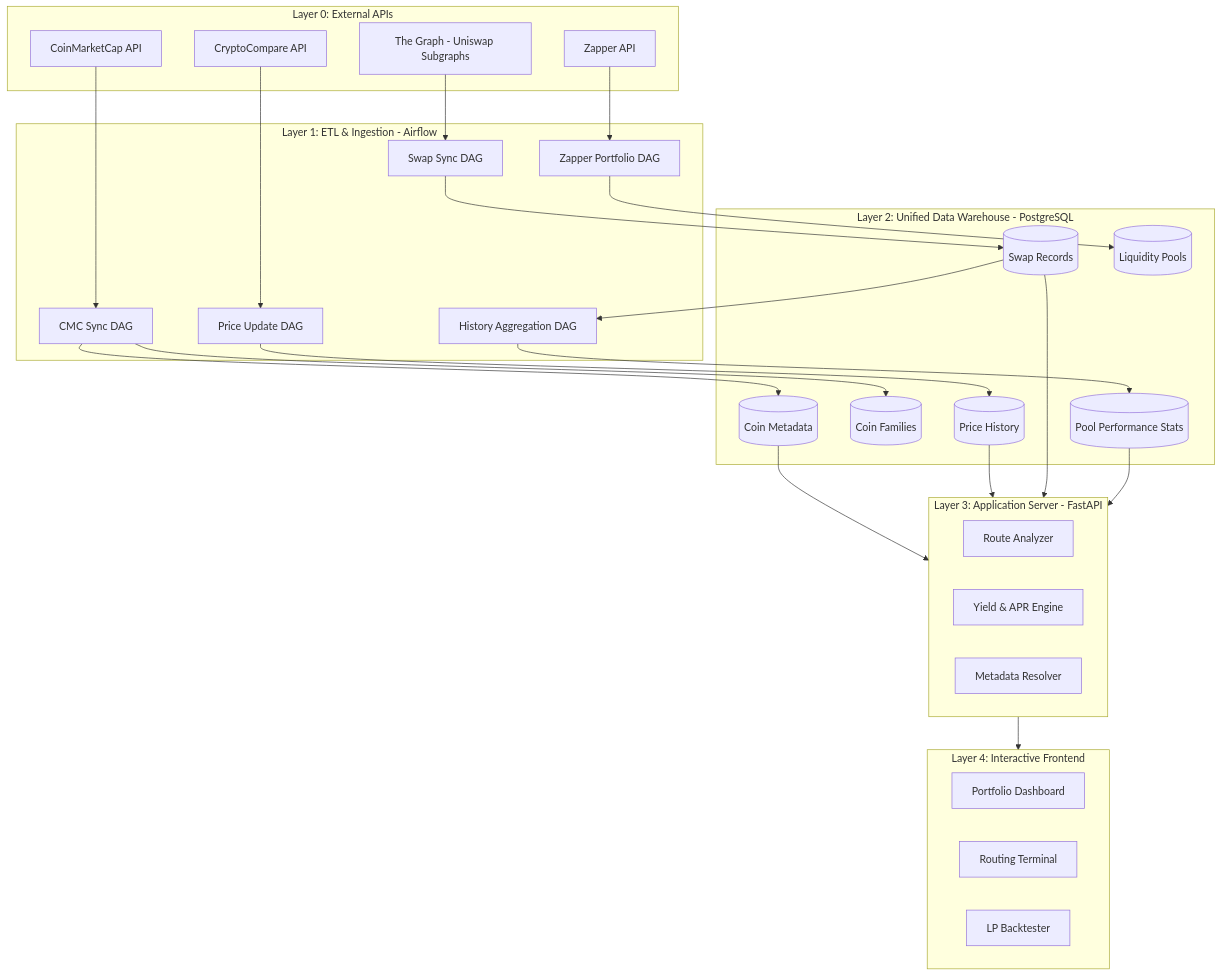
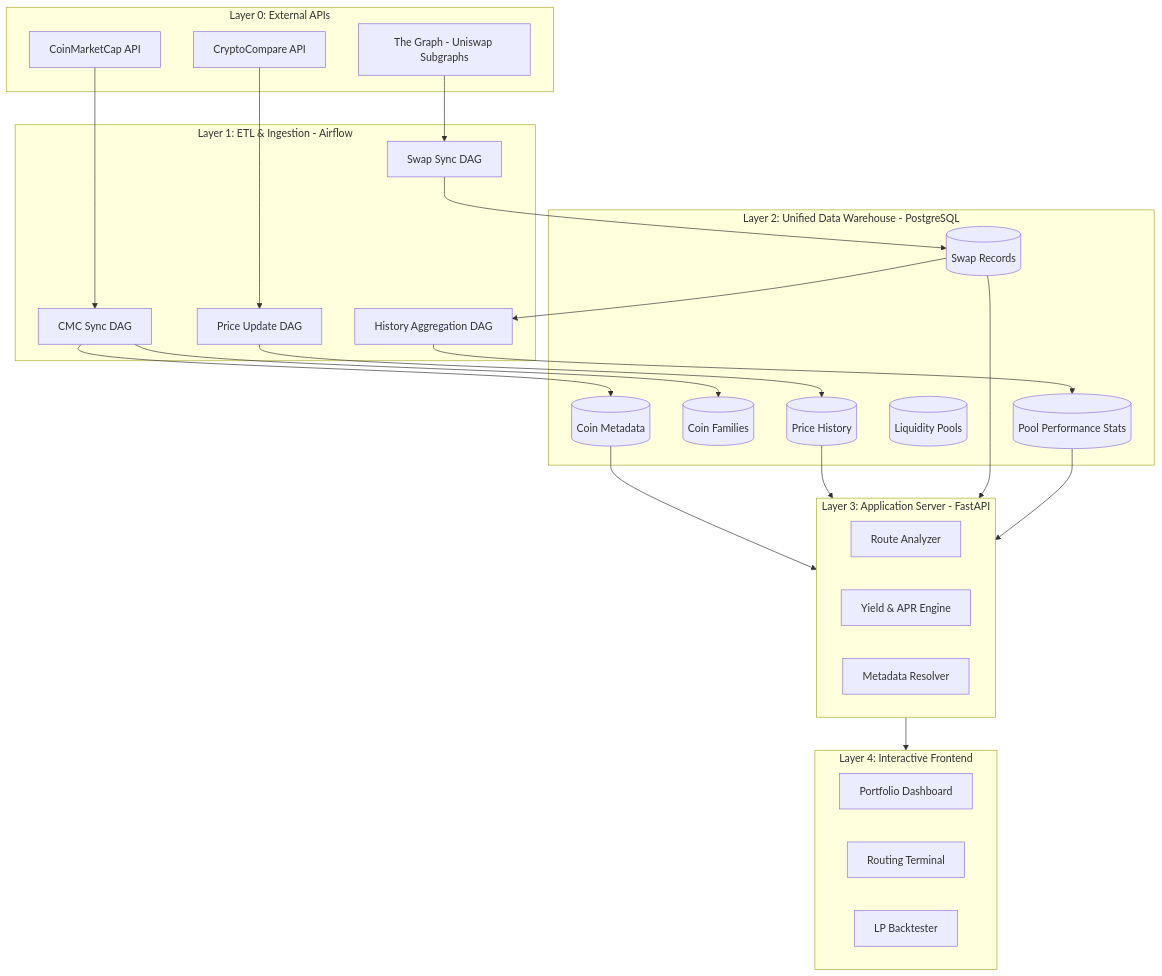
The diagram in docs/architecture.md (bekisz/chaintelligence), drawn with Mermaid before and after one commit. The commit also changed other lines of this file and 20 other files, not shown here.

Commit message:
feat(ingestion): deprecate Zapper API and transition to native Graph LP ingestion

````diff
--- a/docs/architecture.md
+++ b/docs/architecture.md
@@ -66,57 +66,57 @@
 ```mermaid
 graph TD
     subgraph External_Data_Sources [Layer 0: External APIs]
         CMC[CoinMarketCap API]
         CC[CryptoCompare API]
         TG[The Graph - Uniswap Subgraphs]
-        ZP[Zapper API]
+
     end
 
     subgraph Ingestion_Layer [Layer 1: ETL & Ingestion - Airflow]
         DAG_CMC[CMC Sync DAG]
         DAG_Price[Price Update DAG]
         DAG_Swap[Swap Sync DAG]
-        DAG_Zapper[Zapper Portfolio DAG]
+
         DAG_Agg[History Aggregation DAG]
     end
 
     subgraph Storage_Layer [Layer 2: Unified Data Warehouse - PostgreSQL]
         T_Coin[(Coin Metadata)]
         T_Family[(Coin Families)]
         T_Price[(Price History)]
         T_Swaps[(Swap Records)]
         T_Pools[(Liquidity Pools)]
         T_Stats[(Pool Performance Stats)]
     end
 
     subgraph Logic_Layer [Layer 3: Application Server - FastAPI]
         API_Route[Route Analyzer]
         API_Yield[Yield & APR Engine]
         API_Meta[Metadata Resolver]
     end
 
     subgraph Presentation_Layer [Layer 4: Interactive Frontend]
         UI_Dash[Portfolio Dashboard]
         UI_Route[Routing Terminal]
         UI_Back[LP Backtester]
     end
 
     %% Data Flow & Dependencies
     CMC --> DAG_CMC
     CC --> DAG_Price
     TG --> DAG_Swap
-    ZP --> DAG_Zapper
+
 
     DAG_CMC --> T_Coin
     DAG_CMC --> T_Family
     DAG_Price --> T_Price
     DAG_Swap --> T_Swaps
-    DAG_Zapper --> T_Pools
+
     T_Swaps --> DAG_Agg
     DAG_Agg --> T_Stats
 
     T_Coin & T_Price & T_Swaps & T_Stats --> Logic_Layer
     
     %% Presentation Layer ONLY reaches Logic Layer
     Logic_Layer --> Presentation_Layer
 ```
````
